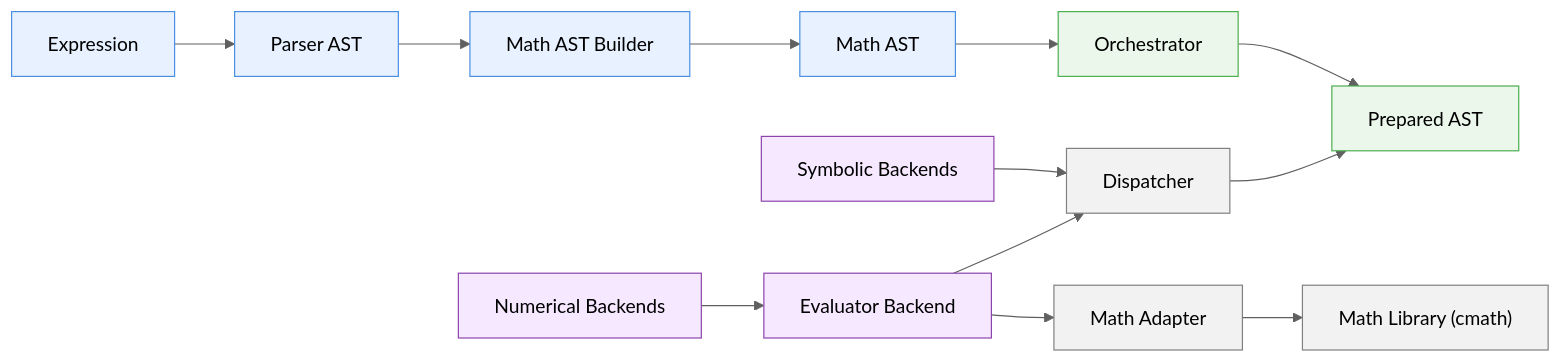
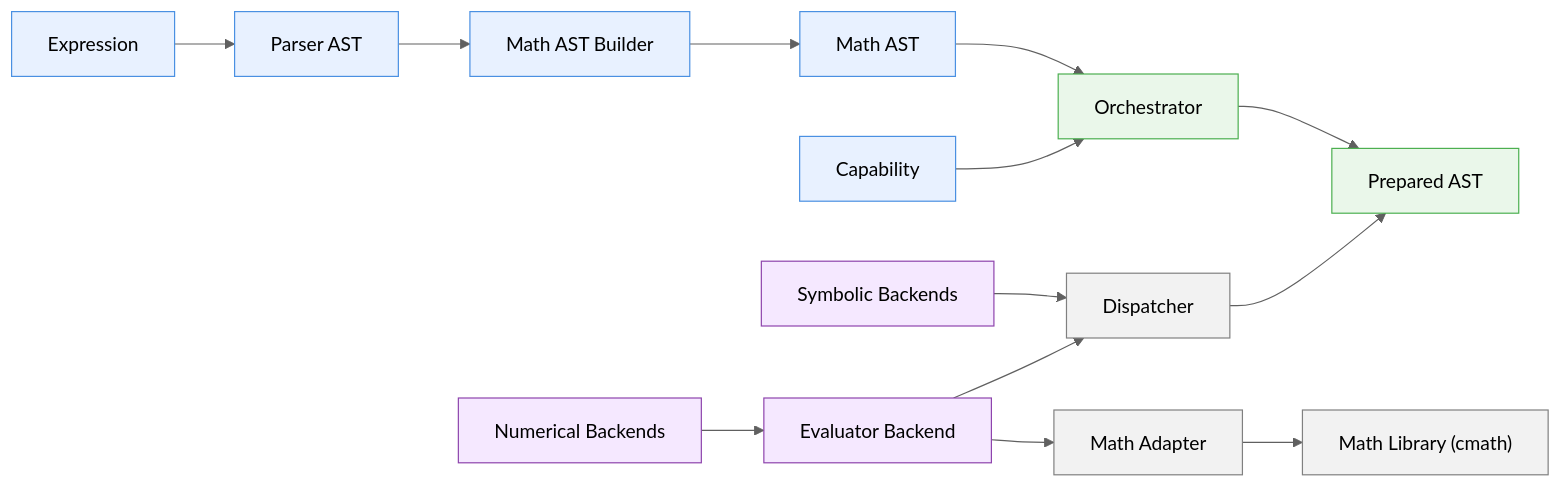
The diagram in docs/Architecture.md (acarlos01sc/numathap), drawn with Mermaid before and after one commit.

Commit message:
Documentation

````diff
--- a/docs/Architecture.md
+++ b/docs/Architecture.md
@@ -47,61 +47,64 @@
 ```mermaid
 %%{init:{
     "theme":"base",
     "themeVariables":{
         "primaryTextColor":"#000000",
         "primaryColor":"#E8F1FF",
         "primaryBorderColor":"#4A90E2",
         "secondaryColor":"#EAF7EA",
         "secondaryBorderColor":"#4CAF50",
         "tertiaryColor":"#FFF4E5",
         "tertiaryBorderColor":"#F39C12",
         "lineColor":"#606060",
         "fontFamily":"Arial"
     }
 }}%%
 
 flowchart LR
 
     EX["Expression"]
     PA["Parser AST"]
     MB["Math AST Builder"]
     MA["Math AST"]
     OR["Orchestrator"]
     PR["Prepared AST"]
 
     EX --> PA
     PA --> MB
     MB --> MA
     MA --> OR
     OR --> PR
 
     SB["Symbolic Backends"]
 
     NB["Numerical Backends"]
     EV["Evaluator Backend"]
 
+    CB["Capability"]
+
     DI["Dispatcher"]
 
     AD["Math Adapter"]
     ML["Math Library (cmath)"]
 
     SB --> DI
+    CB --> OR
 
     NB --> EV
     EV --> DI
     DI --> PR
 
     EV --> AD
     AD --> ML
 
     classDef frontend fill:#E8F1FF,stroke:#4A90E2,color:#000000;
     classDef preparation fill:#EAF7EA,stroke:#4CAF50,color:#000000;
     classDef backend fill:#F5E8FF,stroke:#8E44AD,color:#000000;
     classDef support fill:#F2F2F2,stroke:#808080,color:#000000;
 
     class EX,PA,MB,MA frontend;
     class OR,PR preparation;
     class SB,NB,EV backend;
     class DI support;
     class AD,ML support;
 ```
````
